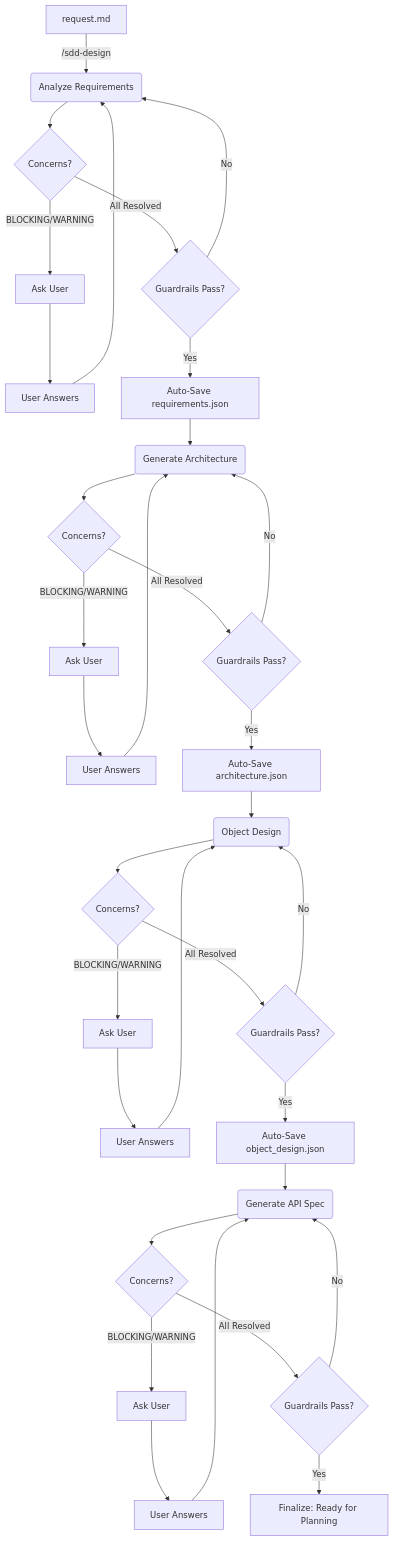
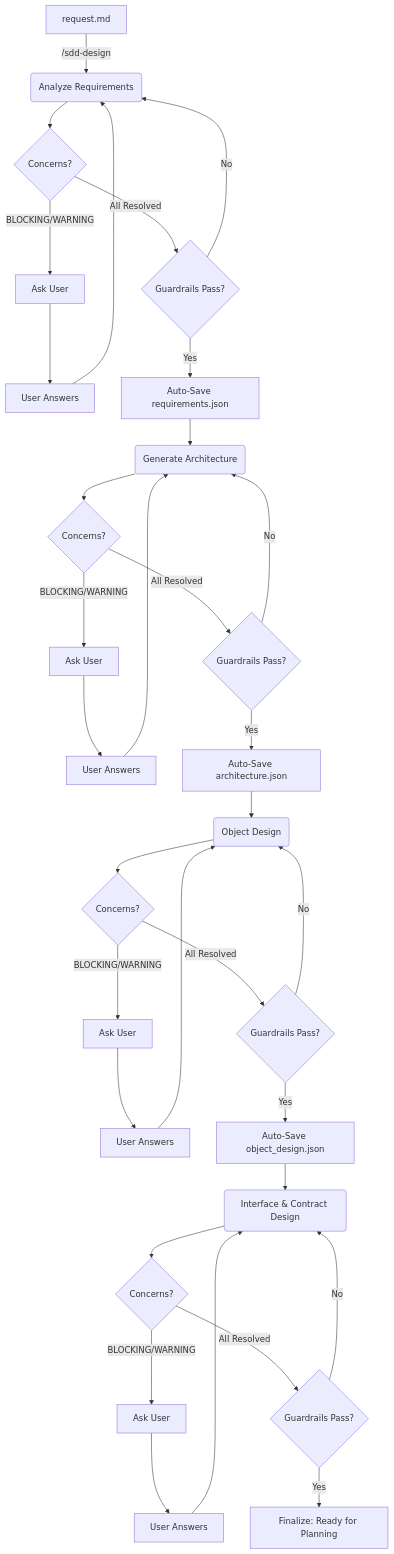
Before and after one commit to leoheart0125/sdd-skills: the diagram in skills/sdd-design-engine/SKILL.md, drawn with Mermaid. The commit also changed other lines of this file and 11 other files, not shown here.

````diff
--- a/skills/sdd-design-engine/SKILL.md
+++ b/skills/sdd-design-engine/SKILL.md
@@ -184,35 +193,35 @@
 ```mermaid
 graph TD
     A[request.md] -->|/sdd-design| B(Analyze Requirements)
     B --> B1{Concerns?}
     B1 -->|BLOCKING/WARNING| B2[Ask User]
     B2 --> B3[User Answers]
     B3 --> B
     B1 -->|All Resolved| C{Guardrails Pass?}
     C -->|No| B
     C -->|Yes| D[Auto-Save requirements.json]
     D --> E(Generate Architecture)
     E --> E1{Concerns?}
     E1 -->|BLOCKING/WARNING| E2[Ask User]
     E2 --> E3[User Answers]
     E3 --> E
     E1 -->|All Resolved| F{Guardrails Pass?}
     F -->|No| E
     F -->|Yes| G[Auto-Save architecture.json]
     G --> OD(Object Design)
     OD --> OD1{Concerns?}
     OD1 -->|BLOCKING/WARNING| OD2[Ask User]
     OD2 --> OD3[User Answers]
     OD3 --> OD
     OD1 -->|All Resolved| ODF{Guardrails Pass?}
     ODF -->|No| OD
     ODF -->|Yes| ODG[Auto-Save object_design.json]
-    ODG --> H(Generate API Spec)
+    ODG --> H(Interface & Contract Design)
     H --> H1{Concerns?}
     H1 -->|BLOCKING/WARNING| H2[Ask User]
     H2 --> H3[User Answers]
     H3 --> H
     H1 -->|All Resolved| I{Guardrails Pass?}
     I -->|No| H
     I -->|Yes| J[Finalize: Ready for Planning]
 ```
````
